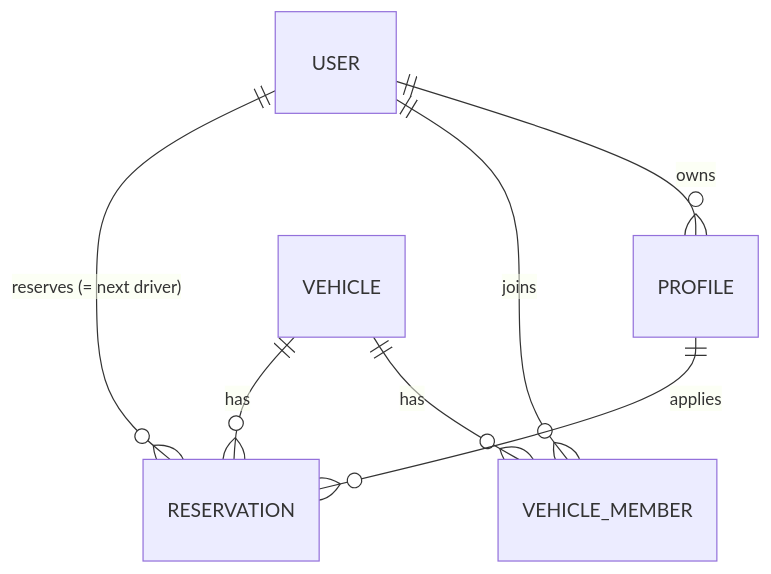
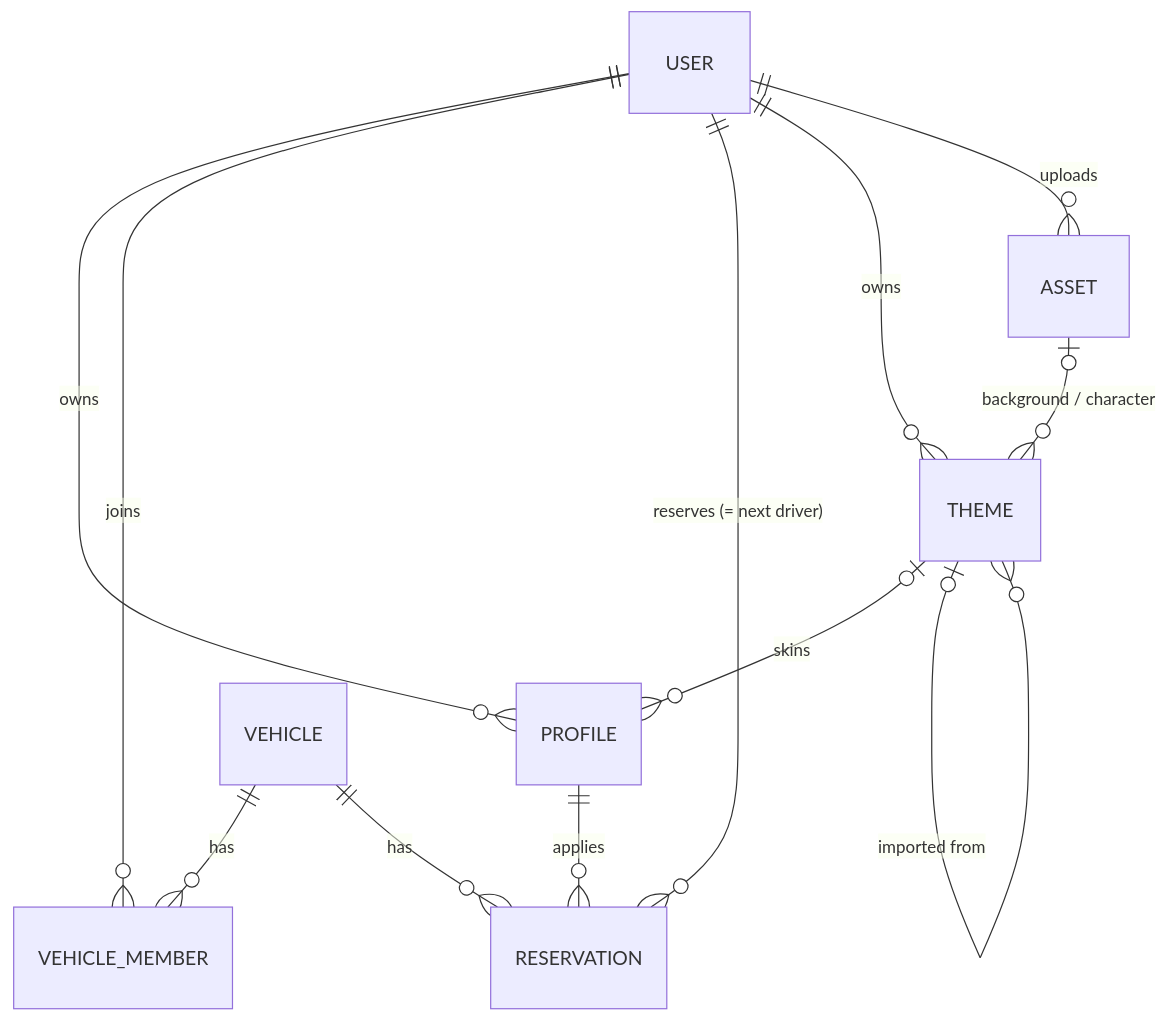
One commit to HyunPer/BE changed the second of 5 diagrams in docs/DESIGN.md. Above: the diagram before and after it, drawn with Mermaid. The commit also changed other lines of this file and 23 other files, not shown here.

````diff
--- a/docs/DESIGN.md
+++ b/docs/DESIGN.md
@@ -25,9 +26,14 @@
 ```mermaid
 erDiagram
   USER ||--o{ PROFILE : owns
   USER ||--o{ VEHICLE_MEMBER : joins
   VEHICLE ||--o{ VEHICLE_MEMBER : has
   VEHICLE ||--o{ RESERVATION : has
   USER ||--o{ RESERVATION : "reserves (= next driver)"
   PROFILE ||--o{ RESERVATION : applies
+  USER ||--o{ THEME : owns
+  THEME |o--o{ PROFILE : "skins"
+  THEME |o--o{ THEME : "imported from"
+  USER ||--o{ ASSET : uploads
+  ASSET |o--o{ THEME : "background / character"
 ```
````
